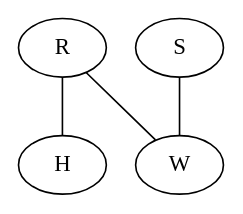
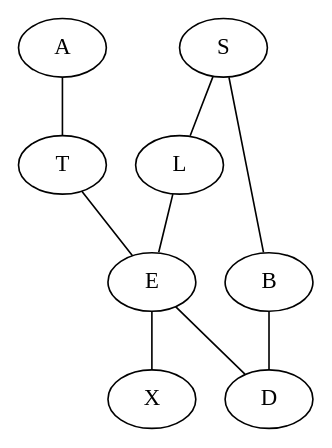
Before and after one commit to AmedeoSarpa/Bayesian_Network_Inference_Engine: the diagram in projectPDS/output_graphUndir.dot, drawn with Graphviz. The commit also changed 9 other files, not shown here.

```diff
--- a/projectPDS/output_graphUndir.dot
+++ b/projectPDS/output_graphUndir.dot
@@ -1,9 +1,18 @@
 graph G {
-0[label=R];
+0[label=A];
 1[label=S];
-2[label=H];
-3[label=W];
+2[label=T];
+3[label=L];
+4[label=E];
+5[label=B];
+6[label=X];
+7[label=D];
+0--2 ;
+2--4 ;
 1--3 ;
-0--3 ;
-0--2 ;
+3--4 ;
+1--5 ;
+5--7 ;
+4--7 ;
+4--6 ;
 }
```
